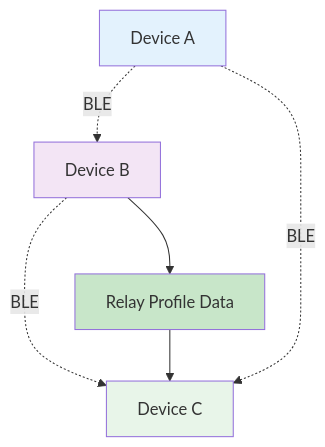
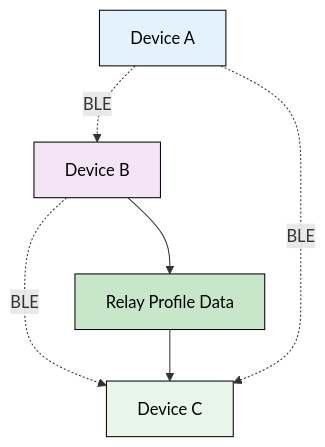
Before and after one commit to hiTechTeam/Telescan-iOS: diagram 14 of 14 in TelescaniOS/WHITEPAPER.md, drawn with Mermaid. The commit also changed other lines of this file, not shown here.

````diff
--- a/TelescaniOS/WHITEPAPER.md
+++ b/TelescaniOS/WHITEPAPER.md
@@ -510,14 +529,14 @@
 ```mermaid
 graph TD
     A[Device A] -.->|BLE| B[Device B]
     B -.->|BLE| C[Device C]
     A -.->|BLE| C
 
     B --> D[Relay Profile Data]
     D --> C
 
-    style A fill:#e3f2fd
-    style B fill:#f3e5f5
-    style C fill:#e8f5e9
-    style D fill:#c8e6c9
+    style A fill:#e3f2fd,stroke:#000,color:#000
+    style B fill:#f3e5f5,stroke:#000,color:#000
+    style C fill:#e8f5e9,stroke:#000,color:#000
+    style D fill:#c8e6c9,stroke:#000,color:#000
 ```
````
